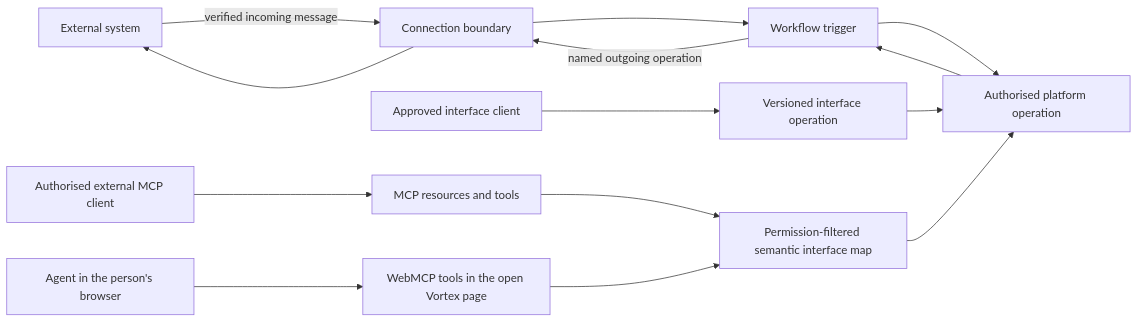
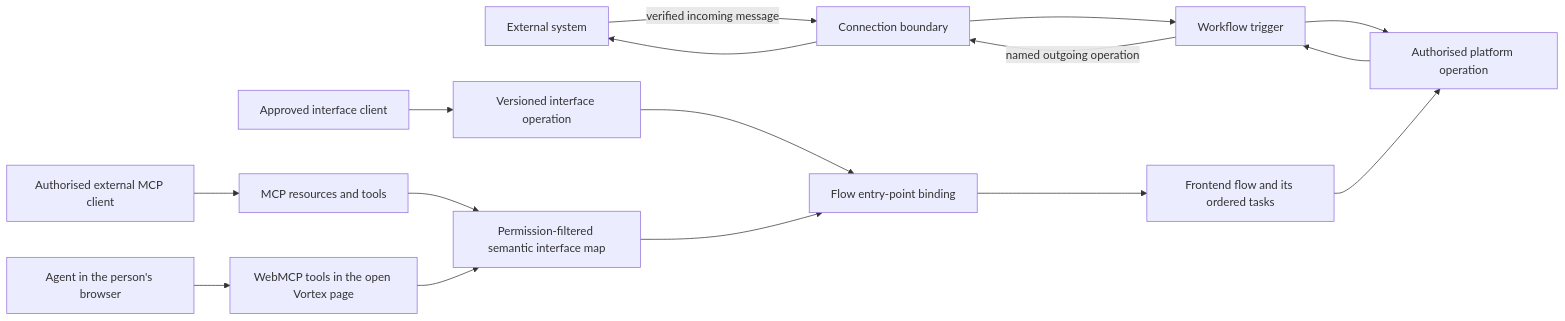
One commit to Abzum-NZ/Abzum-Vortex changed the first of 3 diagrams in docs/specification/12-connections-and-interfaces.md. Above: the diagram before and after it, drawn with Mermaid. The commit also changed other lines of this file and 4 other files, not shown here.

````diff
--- a/docs/specification/12-connections-and-interfaces.md
+++ b/docs/specification/12-connections-and-interfaces.md
@@ -9,16 +9,18 @@
 ```mermaid
 flowchart LR
     EXT[External system] -->|verified incoming message| EDGE[Connection boundary]
     EDGE --> FLOW[Workflow trigger]
     FLOW --> DATA[Authorised platform operation]
     DATA --> FLOW
     FLOW -->|named outgoing operation| EDGE
     EDGE --> EXT
     CLIENT[Approved interface client] --> API[Versioned interface operation]
-    API --> DATA
     AGENT[Authorised external MCP client] --> MCP[MCP resources and tools]
     BROWSER[Agent in the person's browser] --> WEBMCP[WebMCP tools in the open Vortex page]
     MCP --> VIEW[Permission-filtered semantic interface map]
     WEBMCP --> VIEW
-    VIEW --> DATA
+    API --> BIND[Flow entry-point binding]
+    VIEW --> BIND
+    BIND --> FFLOW[Frontend flow and its ordered tasks]
+    FFLOW --> DATA
 ```
````
